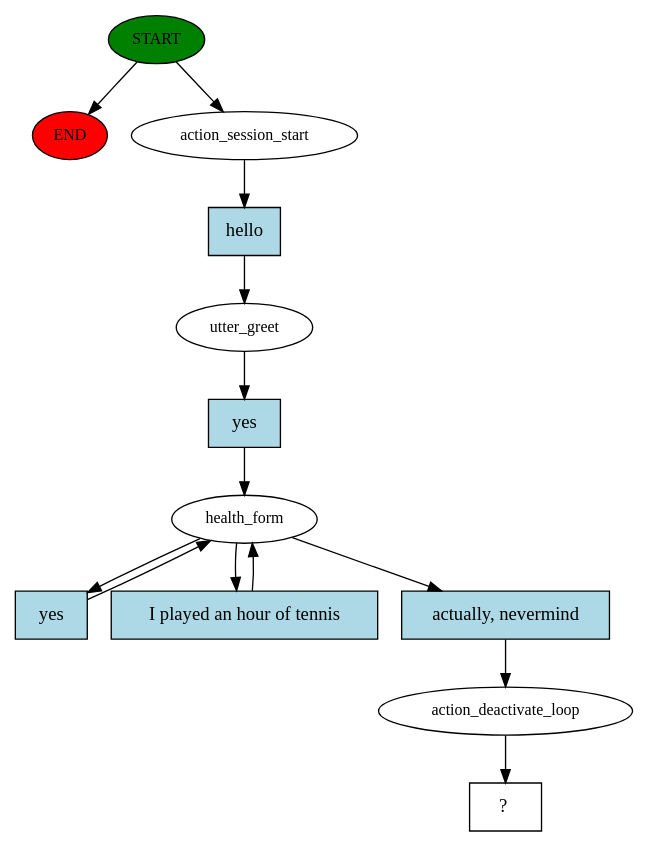
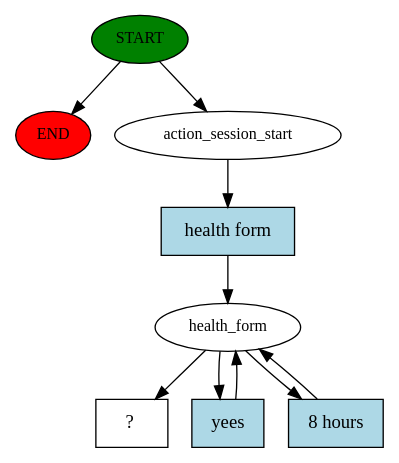
The diagram in story_graph.dot (waviousmontavious/rasa-beginner-tutorial), drawn with Graphviz before and after one commit. The commit also changed 13 other files, not shown here.

```diff
--- a/story_graph.dot
+++ b/story_graph.dot
@@ -1,27 +1,19 @@
 digraph  {
 0 [class="start active", fillcolor=green, fontsize=12, label=START, style=filled];
 "-1" [class=end, fillcolor=red, fontsize=12, label=END, style=filled];
 1 [class=active, fontsize=12, label=action_session_start];
-2 [class=active, fontsize=12, label=utter_greet];
-3 [class=active, fontsize=12, label=health_form];
-6 [class=active, fontsize=12, label=action_deactivate_loop];
-7 [class="intent dashed active", label="  ?  ", shape=rect];
-8 [class="intent active", fillcolor=lightblue, label=hello, shape=rect, style=filled];
-9 [class="intent active", fillcolor=lightblue, label=yes, shape=rect, style=filled];
-10 [class="intent active", fillcolor=lightblue, label=yes, shape=rect, style=filled];
-11 [class="intent active", fillcolor=lightblue, label="I played an hour of tennis", shape=rect, style=filled];
-12 [class="intent active", fillcolor=lightblue, label="actually, nevermind", shape=rect, style=filled];
+2 [class=active, fontsize=12, label=health_form];
+5 [class="intent dashed active", label="  ?  ", shape=rect];
+6 [class="intent active", fillcolor=lightblue, label="health form", shape=rect, style=filled];
+7 [class="intent active", fillcolor=lightblue, label=yees, shape=rect, style=filled];
+8 [class="intent active", fillcolor=lightblue, label="8 hours", shape=rect, style=filled];
 0 -> "-1"  [class="", key=NONE, label=""];
 0 -> 1  [class=active, key=NONE, label=""];
-1 -> 8  [class=active, key=0];
-2 -> 9  [class=active, key=0];
-3 -> 10  [class=active, key=0];
-3 -> 11  [class=active, key=0];
-3 -> 12  [class=active, key=0];
-6 -> 7  [class=active, key=NONE, label=""];
+1 -> 6  [class=active, key=0];
+2 -> 5  [class=active, key=NONE, label=""];
+2 -> 7  [class=active, key=0];
+2 -> 8  [class=active, key=0];
+6 -> 2  [class=active, key=0];
+7 -> 2  [class=active, key=0];
 8 -> 2  [class=active, key=0];
-9 -> 3  [class=active, key=0];
-10 -> 3  [class=active, key=0];
-11 -> 3  [class=active, key=0];
-12 -> 6  [class=active, key=0];
 }
```
